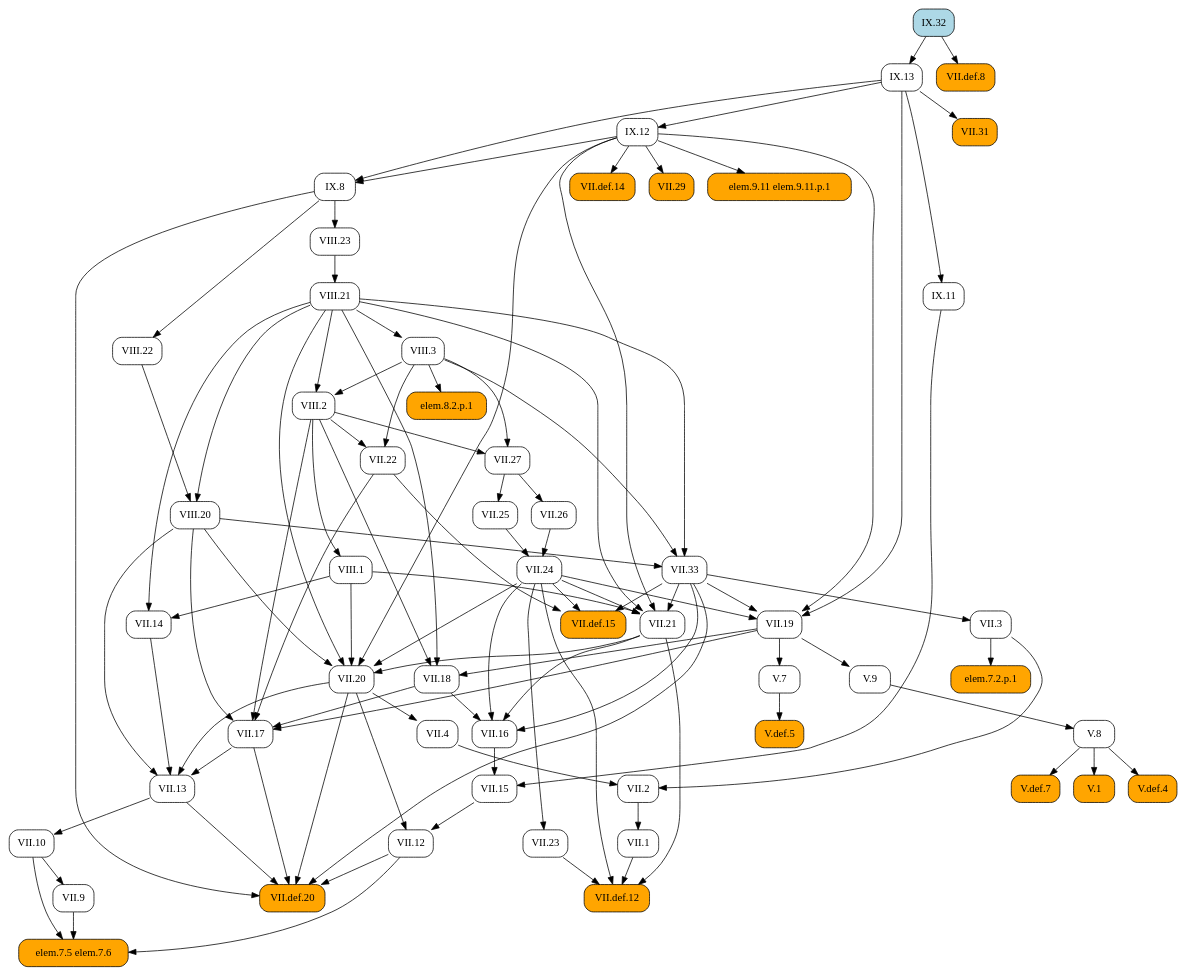
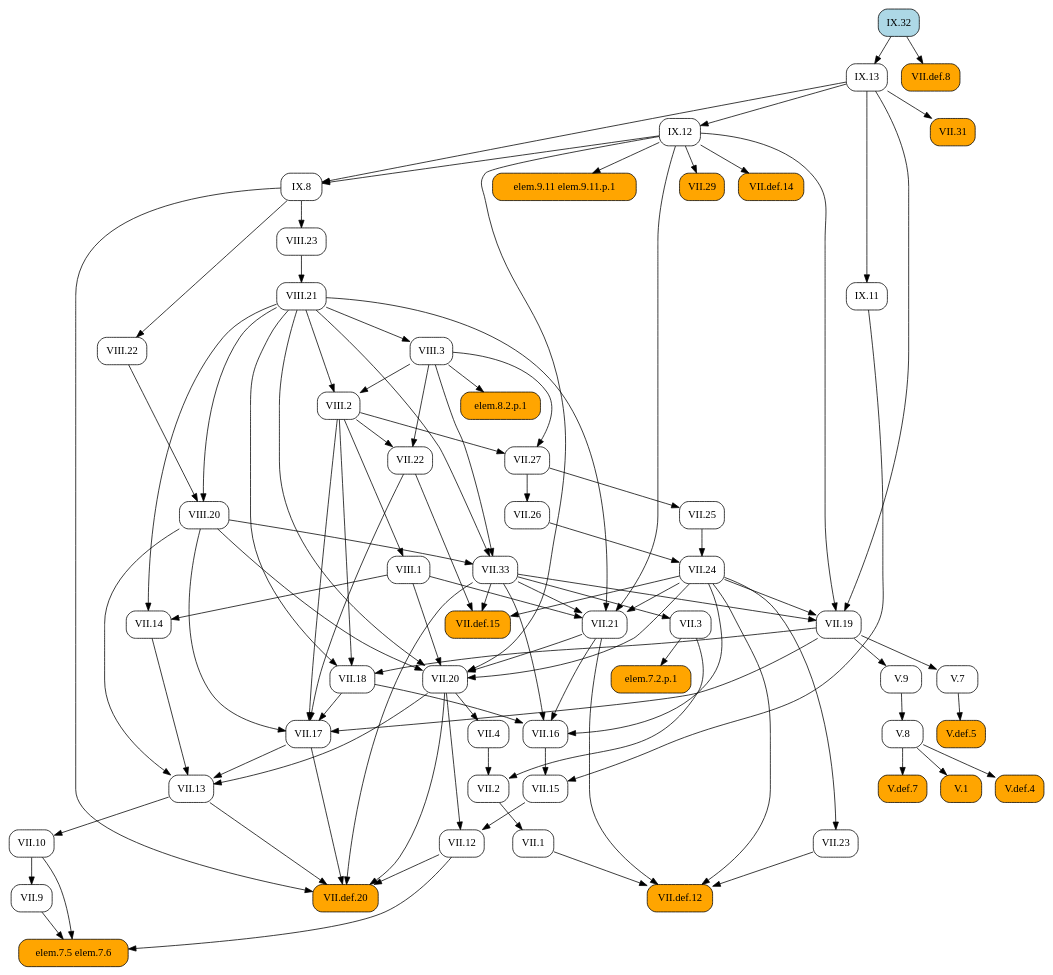
The diagram in docsrc/heath/IX/32/index.rst (geometor/elements), drawn with Graphviz before and after one commit. The commit also changed other lines of this file and 1029 other files, not shown here.

```diff
--- a/docsrc/heath/IX/32/index.rst
+++ b/docsrc/heath/IX/32/index.rst
@@ -38,157 +38,157 @@
    digraph {
      rankdir="TB";
      node [shape=box, style=rounded];
+     "VII.1" [URL="/heath/VII/1/", target="_top"];
+     "VII.9" [URL="/heath/VII/9/", target="_top"];
+     "V.def.5" [style="rounded,filled", fillcolor=orange, URL="/heath/V/def.5/", target="_top"];
+     "IX.13" [URL="/heath/IX/13/", target="_top"];
+     "VII.29" [style="rounded,filled", fillcolor=orange, URL="/heath/VII/29/", target="_top"];
+     "VII.def.8" [style="rounded,filled", fillcolor=orange, URL="/heath/VII/def.8/", target="_top"];
+     "VIII.23" [URL="/heath/VIII/23/", target="_top"];
+     "IX.12" [URL="/heath/IX/12/", target="_top"];
+     "IX.11" [URL="/heath/IX/11/", target="_top"];
+     "VII.17" [URL="/heath/VII/17/", target="_top"];
+     "VII.3" [URL="/heath/VII/3/", target="_top"];
+     "elem.7.5 elem.7.6" [style="rounded,filled", fillcolor=orange];
+     "VIII.21" [URL="/heath/VIII/21/", target="_top"];
+     "V.7" [URL="/heath/V/7/", target="_top"];
+     "V.9" [URL="/heath/V/9/", target="_top"];
+     "VII.13" [URL="/heath/VII/13/", target="_top"];
+     "VII.2" [URL="/heath/VII/2/", target="_top"];
+     "VIII.1" [URL="/heath/VIII/1/", target="_top"];
+     "VIII.2" [URL="/heath/VIII/2/", target="_top"];
+     "VII.12" [URL="/heath/VII/12/", target="_top"];
+     "IX.8" [URL="/heath/IX/8/", target="_top"];
+     "VII.24" [URL="/heath/VII/24/", target="_top"];
+     "VII.def.14" [style="rounded,filled", fillcolor=orange, URL="/heath/VII/def.14/", target="_top"];
+     "VII.def.12" [style="rounded,filled", fillcolor=orange, URL="/heath/VII/def.12/", target="_top"];
+     "V.8" [URL="/heath/V/8/", target="_top"];
+     "VII.33" [URL="/heath/VII/33/", target="_top"];
+     "VIII.22" [URL="/heath/VIII/22/", target="_top"];
+     "elem.7.2.p.1" [style="rounded,filled", fillcolor=orange];
+     "elem.9.11 elem.9.11.p.1" [style="rounded,filled", fillcolor=orange];
+     "VII.10" [URL="/heath/VII/10/", target="_top"];
+     "VII.def.15" [style="rounded,filled", fillcolor=orange, URL="/heath/VII/def.15/", target="_top"];
+     "VII.19" [URL="/heath/VII/19/", target="_top"];
+     "VII.18" [URL="/heath/VII/18/", target="_top"];
+     "VII.16" [URL="/heath/VII/16/", target="_top"];
+     "VII.26" [URL="/heath/VII/26/", target="_top"];
+     "VII.4" [URL="/heath/VII/4/", target="_top"];
+     "VII.25" [URL="/heath/VII/25/", target="_top"];
+     "VII.21" [URL="/heath/VII/21/", target="_top"];
      "V.1" [style="rounded,filled", fillcolor=orange, URL="/heath/V/1/", target="_top"];
-     "IX.8" [URL="/heath/IX/8/", target="_top"];
-     "VII.29" [style="rounded,filled", fillcolor=orange, URL="/heath/VII/29/", target="_top"];
-     "VII.12" [URL="/heath/VII/12/", target="_top"];
-     "VIII.21" [URL="/heath/VIII/21/", target="_top"];
+     "VII.20" [URL="/heath/VII/20/", target="_top"];
+     "VII.14" [URL="/heath/VII/14/", target="_top"];
+     "VII.27" [URL="/heath/VII/27/", target="_top"];
+     "VIII.3" [URL="/heath/VIII/3/", target="_top"];
+     "V.def.4" [style="rounded,filled", fillcolor=orange, URL="/heath/V/def.4/", target="_top"];
      "IX.32" [style="rounded,filled", fillcolor=lightblue, URL="/heath/IX/32/", target="_top"];
-     "IX.13" [URL="/heath/IX/13/", target="_top"];
-     "VII.16" [URL="/heath/VII/16/", target="_top"];
-     "VII.13" [URL="/heath/VII/13/", target="_top"];
-     "VII.14" [URL="/heath/VII/14/", target="_top"];
-     "V.def.4" [style="rounded,filled", fillcolor=orange, URL="/heath/V/def.4/", target="_top"];
-     "VII.def.15" [style="rounded,filled", fillcolor=orange, URL="/heath/VII/def.15/", target="_top"];
-     "VII.18" [URL="/heath/VII/18/", target="_top"];
-     "V.8" [URL="/heath/V/8/", target="_top"];
-     "elem.9.11 elem.9.11.p.1" [style="rounded,filled", fillcolor=orange];
-     "VII.21" [URL="/heath/VII/21/", target="_top"];
+     "VII.31" [style="rounded,filled", fillcolor=orange, URL="/heath/VII/31/", target="_top"];
+     "VII.22" [URL="/heath/VII/22/", target="_top"];
      "VIII.20" [URL="/heath/VIII/20/", target="_top"];
-     "V.7" [URL="/heath/V/7/", target="_top"];
+     "V.def.7" [style="rounded,filled", fillcolor=orange, URL="/heath/V/def.7/", target="_top"];
+     "VII.23" [URL="/heath/VII/23/", target="_top"];
      "VII.15" [URL="/heath/VII/15/", target="_top"];
-     "VII.def.12" [style="rounded,filled", fillcolor=orange, URL="/heath/VII/def.12/", target="_top"];
-     "VII.2" [URL="/heath/VII/2/", target="_top"];
      "VII.def.20" [style="rounded,filled", fillcolor=orange, URL="/heath/VII/def.20/", target="_top"];
-     "elem.7.5 elem.7.6" [style="rounded,filled", fillcolor=orange];
-     "VII.3" [URL="/heath/VII/3/", target="_top"];
      "elem.8.2.p.1" [style="rounded,filled", fillcolor=orange];
-     "VII.10" [URL="/heath/VII/10/", target="_top"];
-     "VIII.23" [URL="/heath/VIII/23/", target="_top"];
-     "V.def.7" [style="rounded,filled", fillcolor=orange, URL="/heath/V/def.7/", target="_top"];
-     "VII.def.8" [style="rounded,filled", fillcolor=orange, URL="/heath/VII/def.8/", target="_top"];
-     "VII.20" [URL="/heath/VII/20/", target="_top"];
-     "IX.12" [URL="/heath/IX/12/", target="_top"];
-     "VII.def.14" [style="rounded,filled", fillcolor=orange, URL="/heath/VII/def.14/", target="_top"];
-     "VII.9" [URL="/heath/VII/9/", target="_top"];
-     "VIII.1" [URL="/heath/VIII/1/", target="_top"];
-     "VII.25" [URL="/heath/VII/25/", target="_top"];
-     "VII.23" [URL="/heath/VII/23/", target="_top"];
-     "VII.27" [URL="/heath/VII/27/", target="_top"];
-     "VIII.2" [URL="/heath/VIII/2/", target="_top"];
-     "VII.24" [URL="/heath/VII/24/", target="_top"];
-     "VIII.3" [URL="/heath/VIII/3/", target="_top"];
-     "VII.19" [URL="/heath/VII/19/", target="_top"];
-     "VII.4" [URL="/heath/VII/4/", target="_top"];
-     "IX.11" [URL="/heath/IX/11/", target="_top"];
-     "VII.33" [URL="/heath/VII/33/", target="_top"];
-     "elem.7.2.p.1" [style="rounded,filled", fillcolor=orange];
-     "V.9" [URL="/heath/V/9/", target="_top"];
-     "VII.26" [URL="/heath/VII/26/", target="_top"];
-     "VIII.22" [URL="/heath/VIII/22/", target="_top"];
-     "VII.1" [URL="/heath/VII/1/", target="_top"];
-     "VII.22" [URL="/heath/VII/22/", target="_top"];
-     "VII.31" [style="rounded,filled", fillcolor=orange, URL="/heath/VII/31/", target="_top"];
-     "V.def.5" [style="rounded,filled", fillcolor=orange, URL="/heath/V/def.5/", target="_top"];
-     "VII.17" [URL="/heath/VII/17/", target="_top"];
-     "V.8" -> "V.1";
+     "VII.2" -> "VII.1";
+     "VII.10" -> "VII.9";
+     "V.7" -> "V.def.5";
+     "IX.32" -> "IX.13";
+     "IX.12" -> "VII.29";
+     "IX.32" -> "VII.def.8";
+     "IX.8" -> "VIII.23";
+     "IX.13" -> "IX.12";
+     "IX.13" -> "IX.11";
+     "VII.18" -> "VII.17";
+     "VII.19" -> "VII.17";
+     "VII.22" -> "VII.17";
+     "VIII.2" -> "VII.17";
+     "VIII.20" -> "VII.17";
+     "VII.33" -> "VII.3";
+     "VII.9" -> "elem.7.5 elem.7.6";
+     "VII.10" -> "elem.7.5 elem.7.6";
+     "VII.12" -> "elem.7.5 elem.7.6";
+     "VIII.23" -> "VIII.21";
+     "VII.19" -> "V.7";
+     "VII.19" -> "V.9";
+     "VII.14" -> "VII.13";
+     "VII.17" -> "VII.13";
+     "VII.20" -> "VII.13";
+     "VIII.20" -> "VII.13";
+     "VII.3" -> "VII.2";
+     "VII.4" -> "VII.2";
+     "VIII.2" -> "VIII.1";
+     "VIII.3" -> "VIII.2";
+     "VIII.21" -> "VIII.2";
+     "VII.15" -> "VII.12";
+     "VII.20" -> "VII.12";
      "IX.12" -> "IX.8";
      "IX.13" -> "IX.8";
-     "IX.12" -> "VII.29";
-     "VII.15" -> "VII.12";
-     "VII.20" -> "VII.12";
-     "VIII.23" -> "VIII.21";
-     "IX.32" -> "IX.13";
+     "VII.25" -> "VII.24";
+     "VII.26" -> "VII.24";
+     "IX.12" -> "VII.def.14";
+     "VII.1" -> "VII.def.12";
+     "VII.21" -> "VII.def.12";
+     "VII.23" -> "VII.def.12";
+     "VII.24" -> "VII.def.12";
+     "V.9" -> "V.8";
+     "VIII.3" -> "VII.33";
+     "VIII.20" -> "VII.33";
+     "VIII.21" -> "VII.33";
+     "IX.8" -> "VIII.22";
+     "VII.3" -> "elem.7.2.p.1";
+     "IX.12" -> "elem.9.11 elem.9.11.p.1";
+     "VII.13" -> "VII.10";
+     "VII.22" -> "VII.def.15";
+     "VII.24" -> "VII.def.15";
+     "VII.33" -> "VII.def.15";
+     "VII.24" -> "VII.19";
+     "VII.33" -> "VII.19";
+     "IX.12" -> "VII.19";
+     "IX.13" -> "VII.19";
+     "VII.19" -> "VII.18";
+     "VIII.2" -> "VII.18";
+     "VIII.21" -> "VII.18";
      "VII.18" -> "VII.16";
      "VII.21" -> "VII.16";
      "VII.24" -> "VII.16";
      "VII.33" -> "VII.16";
-     "VII.14" -> "VII.13";
-     "VII.17" -> "VII.13";
-     "VII.20" -> "VII.13";
-     "VIII.20" -> "VII.13";
-     "VIII.1" -> "VII.14";
-     "VIII.21" -> "VII.14";
-     "V.8" -> "V.def.4";
-     "VII.22" -> "VII.def.15";
-     "VII.24" -> "VII.def.15";
-     "VII.33" -> "VII.def.15";
-     "VII.19" -> "VII.18";
-     "VIII.2" -> "VII.18";
-     "VIII.21" -> "VII.18";
-     "V.9" -> "V.8";
-     "IX.12" -> "elem.9.11 elem.9.11.p.1";
+     "VII.27" -> "VII.26";
+     "VII.20" -> "VII.4";
+     "VII.27" -> "VII.25";
      "VII.24" -> "VII.21";
      "VII.33" -> "VII.21";
      "VIII.1" -> "VII.21";
      "VIII.21" -> "VII.21";
      "IX.12" -> "VII.21";
+     "V.8" -> "V.1";
+     "VII.21" -> "VII.20";
+     "VII.24" -> "VII.20";
+     "VIII.1" -> "VII.20";
+     "VIII.20" -> "VII.20";
+     "VIII.21" -> "VII.20";
+     "IX.12" -> "VII.20";
+     "VIII.1" -> "VII.14";
+     "VIII.21" -> "VII.14";
+     "VIII.2" -> "VII.27";
+     "VIII.3" -> "VII.27";
+     "VIII.21" -> "VIII.3";
+     "V.8" -> "V.def.4";
+     "IX.13" -> "VII.31";
+     "VIII.2" -> "VII.22";
+     "VIII.3" -> "VII.22";
      "VIII.21" -> "VIII.20";
      "VIII.22" -> "VIII.20";
-     "VII.19" -> "V.7";
+     "V.8" -> "V.def.7";
+     "VII.24" -> "VII.23";
      "VII.16" -> "VII.15";
      "IX.11" -> "VII.15";
-     "VII.1" -> "VII.def.12";
-     "VII.21" -> "VII.def.12";
-     "VII.23" -> "VII.def.12";
-     "VII.24" -> "VII.def.12";
-     "VII.3" -> "VII.2";
-     "VII.4" -> "VII.2";
      "VII.12" -> "VII.def.20";
      "VII.13" -> "VII.def.20";
      "VII.17" -> "VII.def.20";
      "VII.20" -> "VII.def.20";
      "VII.33" -> "VII.def.20";
      "IX.8" -> "VII.def.20";
-     "VII.9" -> "elem.7.5 elem.7.6";
-     "VII.10" -> "elem.7.5 elem.7.6";
-     "VII.12" -> "elem.7.5 elem.7.6";
-     "VII.33" -> "VII.3";
      "VIII.3" -> "elem.8.2.p.1";
-     "VII.13" -> "VII.10";
-     "IX.8" -> "VIII.23";
-     "V.8" -> "V.def.7";
-     "IX.32" -> "VII.def.8";
-     "VII.21" -> "VII.20";
-     "VII.24" -> "VII.20";
-     "VIII.1" -> "VII.20";
-     "VIII.20" -> "VII.20";
-     "VIII.21" -> "VII.20";
-     "IX.12" -> "VII.20";
-     "IX.13" -> "IX.12";
-     "IX.12" -> "VII.def.14";
-     "VII.10" -> "VII.9";
-     "VIII.2" -> "VIII.1";
-     "VII.27" -> "VII.25";
-     "VII.24" -> "VII.23";
-     "VIII.2" -> "VII.27";
-     "VIII.3" -> "VII.27";
-     "VIII.3" -> "VIII.2";
-     "VIII.21" -> "VIII.2";
-     "VII.25" -> "VII.24";
-     "VII.26" -> "VII.24";
-     "VIII.21" -> "VIII.3";
-     "VII.24" -> "VII.19";
-     "VII.33" -> "VII.19";
-     "IX.12" -> "VII.19";
-     "IX.13" -> "VII.19";
-     "VII.20" -> "VII.4";
-     "IX.13" -> "IX.11";
-     "VIII.3" -> "VII.33";
-     "VIII.20" -> "VII.33";
-     "VIII.21" -> "VII.33";
-     "VII.3" -> "elem.7.2.p.1";
-     "VII.19" -> "V.9";
-     "VII.27" -> "VII.26";
-     "IX.8" -> "VIII.22";
-     "VII.2" -> "VII.1";
-     "VIII.2" -> "VII.22";
-     "VIII.3" -> "VII.22";
-     "IX.13" -> "VII.31";
-     "V.7" -> "V.def.5";
-     "VII.18" -> "VII.17";
-     "VII.19" -> "VII.17";
-     "VII.22" -> "VII.17";
-     "VIII.2" -> "VII.17";
-     "VIII.20" -> "VII.17";
    }
```
